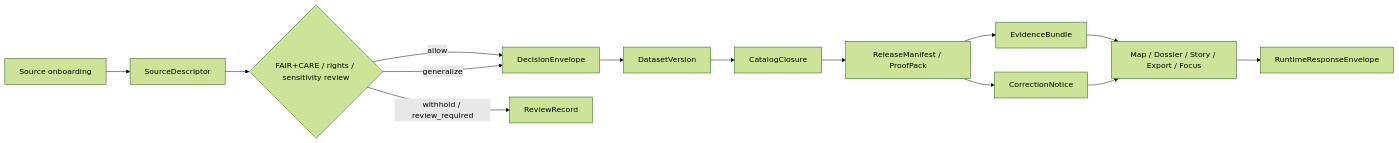
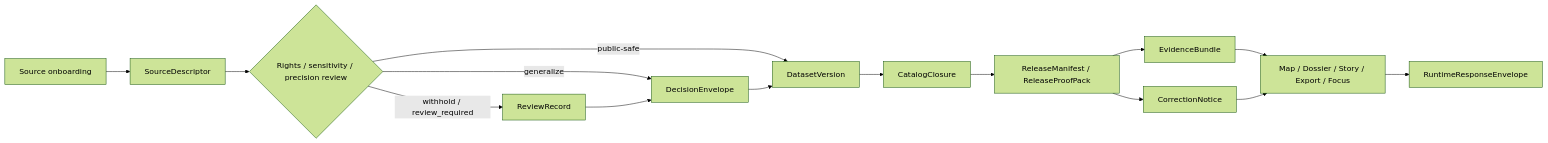
The diagram in docs/standards/faircare/README.md (bartytime4life/Kansas-Frontier-Matrix), drawn with Mermaid (forest theme) before and after one commit. The commit also changed other lines of this file, not shown here.

````diff
--- a/docs/standards/faircare/README.md
+++ b/docs/standards/faircare/README.md
@@ -144,16 +173,17 @@
 ```mermaid
 flowchart LR
     A[Source onboarding] --> B[SourceDescriptor]
-    B --> C{FAIR+CARE / rights / sensitivity review}
-    C -->|allow| D[DecisionEnvelope]
-    C -->|generalize| D
-    C -->|withhold / review_required| E[ReviewRecord]
-    D --> F[DatasetVersion]
-    F --> G[CatalogClosure]
-    G --> H[ReleaseManifest / ProofPack]
+    B --> C{Rights / sensitivity / precision review}
+    C -->|public-safe| D[DatasetVersion]
+    C -->|generalize| E[DecisionEnvelope]
+    C -->|withhold / review_required| F[ReviewRecord]
+    F --> E
+    E --> D
+    D --> G[CatalogClosure]
+    G --> H[ReleaseManifest / ReleaseProofPack]
     H --> I[EvidenceBundle]
     I --> J[Map / Dossier / Story / Export / Focus]
     J --> K[RuntimeResponseEnvelope]
     H --> L[CorrectionNotice]
     L --> J
 ```
````
